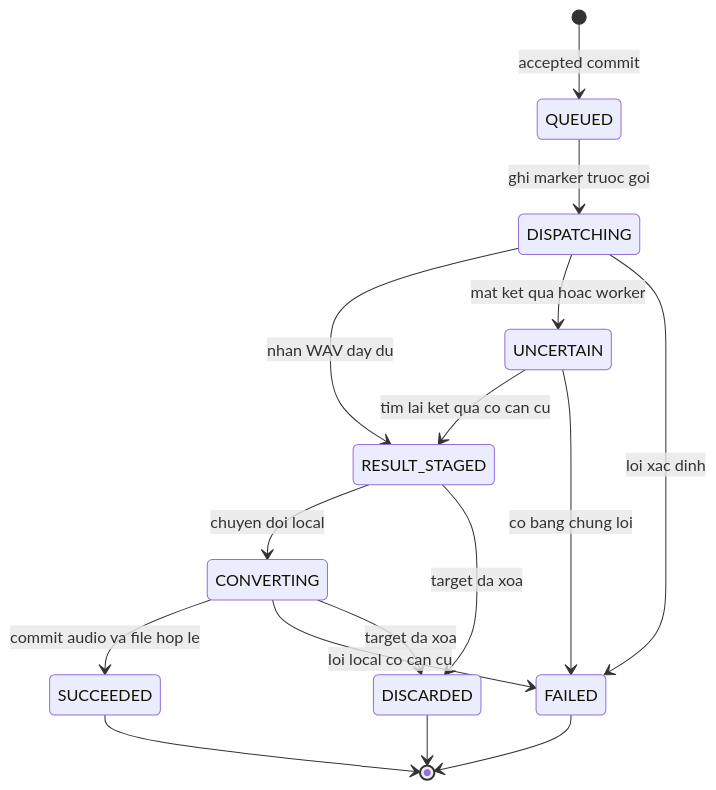
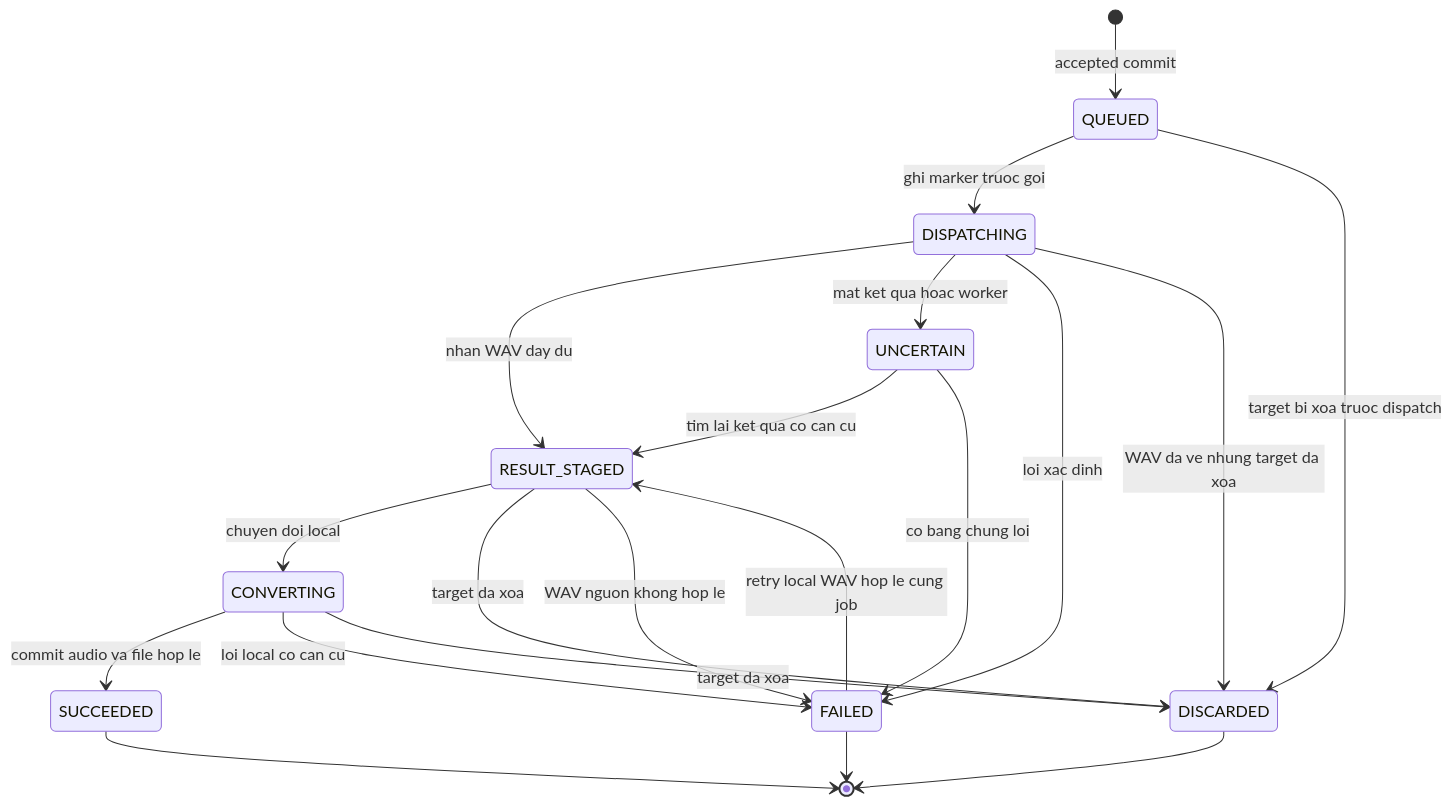
Before and after one commit to khaithanh2726-beep/AudioQR_Kinh-thanh-Hue: the diagram in docs/03-ky-thuat/operations-design.md, drawn with Mermaid. The commit also changed other lines of this file and 44 other files, not shown here.

````diff
--- a/docs/03-ky-thuat/operations-design.md
+++ b/docs/03-ky-thuat/operations-design.md
@@ -101,18 +101,22 @@
 ```mermaid
 stateDiagram-v2
     [*] --> QUEUED: accepted commit
     QUEUED --> DISPATCHING: ghi marker truoc goi
     DISPATCHING --> RESULT_STAGED: nhan WAV day du
     DISPATCHING --> UNCERTAIN: mat ket qua hoac worker
     DISPATCHING --> FAILED: loi xac dinh
+    DISPATCHING --> DISCARDED: WAV da ve nhung target da xoa
+    QUEUED --> DISCARDED: target bi xoa truoc dispatch
     RESULT_STAGED --> CONVERTING: chuyen doi local
     CONVERTING --> SUCCEEDED: commit audio va file hop le
     CONVERTING --> FAILED: loi local co can cu
     RESULT_STAGED --> DISCARDED: target da xoa
+    RESULT_STAGED --> FAILED: WAV nguon khong hop le
     CONVERTING --> DISCARDED: target da xoa
     UNCERTAIN --> RESULT_STAGED: tim lai ket qua co can cu
     UNCERTAIN --> FAILED: co bang chung loi
+    FAILED --> RESULT_STAGED: retry local WAV hop le cung job
     SUCCEEDED --> [*]
     FAILED --> [*]
     DISCARDED --> [*]
 ```
````
